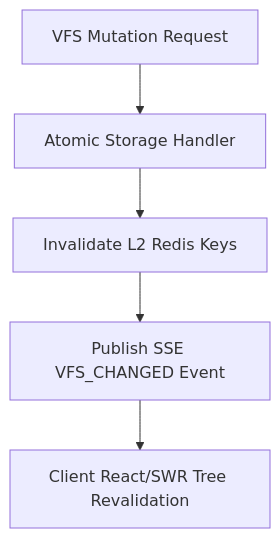
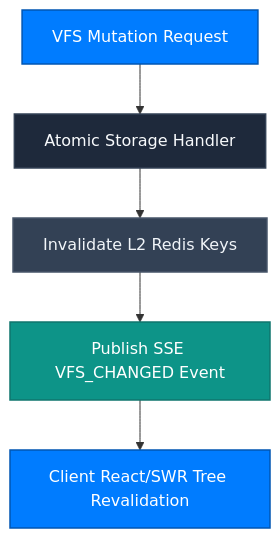
The diagram in features/vfs.mdx (Connex-Brothers-Consulting-Group/cbcg-hs-connex-docs), drawn with Mermaid before and after one commit. The commit also changed 35 other files, not shown here.

First line of the commit message:
feat(docs): overhaul enterprise architecture, 6-tab navigation, and 5-pillar user manuals

````diff
--- a/features/vfs.mdx
+++ b/features/vfs.mdx
@@ -30,7 +30,12 @@
 ```mermaid
 graph TD
-    A["VFS Mutation Request"] --> B["Atomic Storage Handler"]
-    B --> C["Invalidate L2 Redis Keys"]
-    C --> D["Publish SSE VFS_CHANGED Event"]
-    D --> E["Client React/SWR Tree Revalidation"]
+    classDef primary fill:#007CFF,stroke:#0056B3,stroke-width:1.5px,color:#FFFFFF;
+    classDef enterprise fill:#1E293B,stroke:#334155,stroke-width:1.5px,color:#F8FAFC;
+    classDef accent fill:#0D9488,stroke:#0F766E,stroke-width:1.5px,color:#FFFFFF;
+    classDef storage fill:#334155,stroke:#475569,stroke-width:1.5px,color:#F1F5F9;
+
+    A["VFS Mutation Request"]:::primary --> B["Atomic Storage Handler"]:::enterprise
+    B --> C["Invalidate L2 Redis Keys"]:::storage
+    C --> D["Publish SSE VFS_CHANGED Event"]:::accent
+    D --> E["Client React/SWR Tree Revalidation"]:::primary
 ```
````
